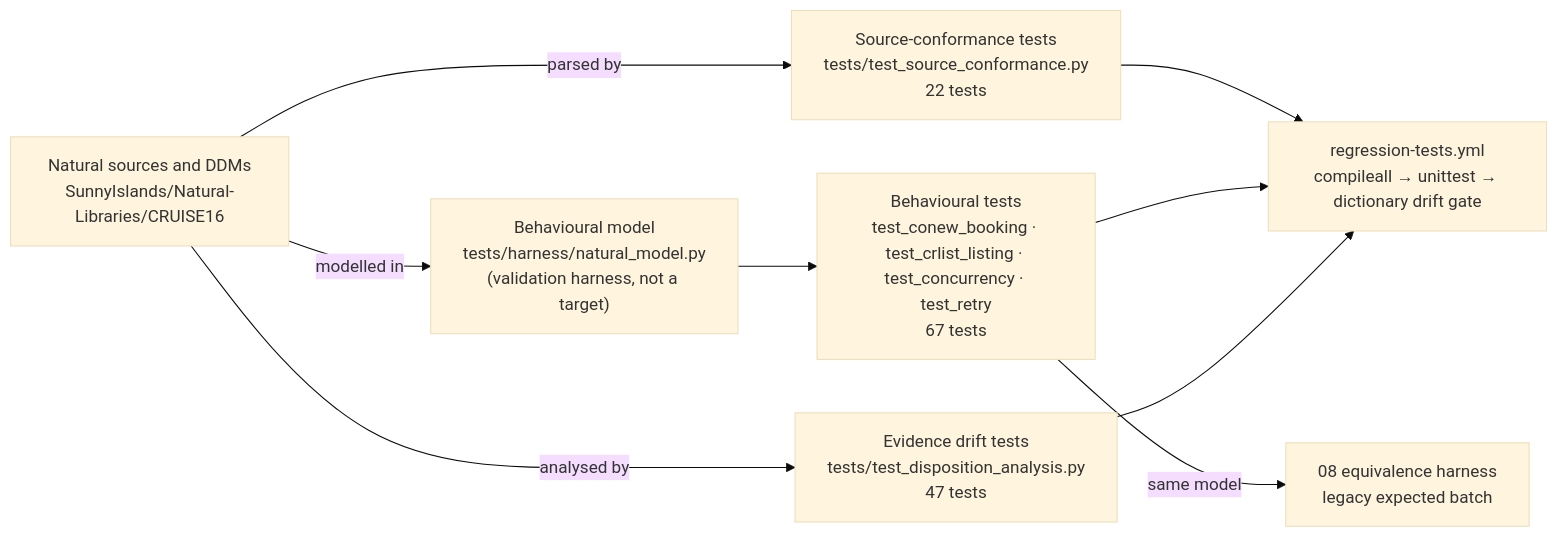
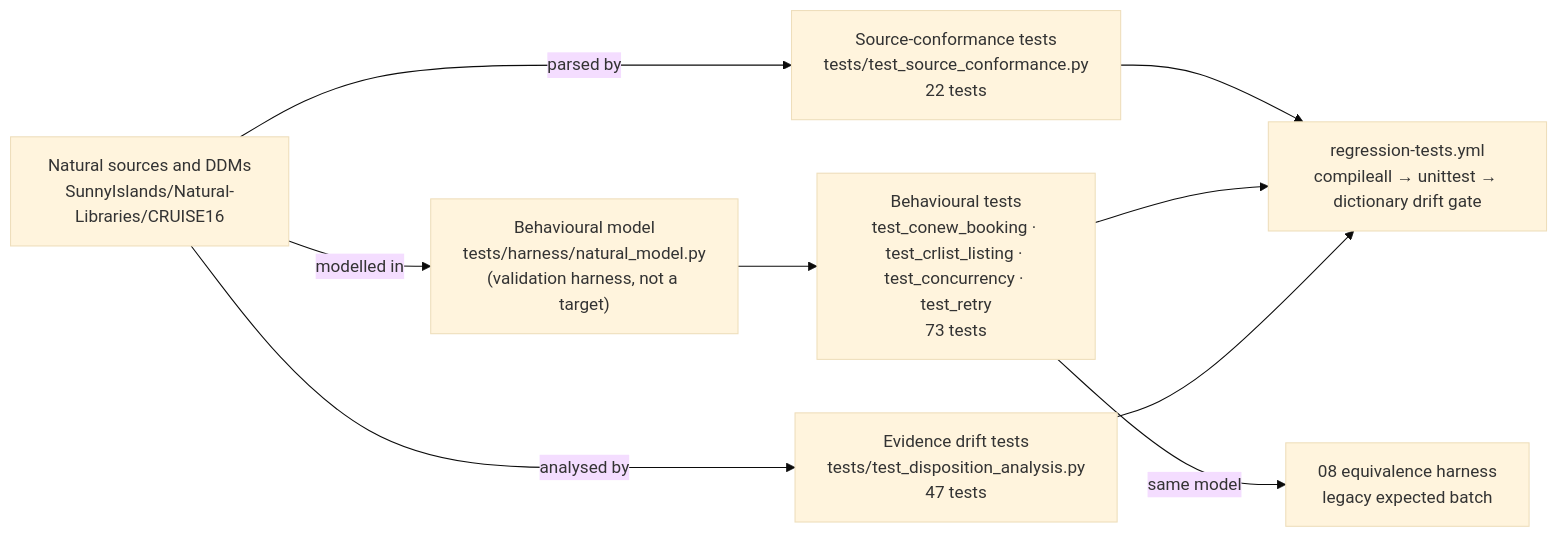
The diagram in fpps-hcm-modernization-deliverable/09-unit-test-regression-jcl-runcompare/test-generation-approach.md (COG-GTM/ADABAS-natural-for-ajax-devops-sample-application), drawn with Mermaid (base theme) before and after one commit. The commit also changed other lines of this file and 8 other files, not shown here.

````diff
--- a/fpps-hcm-modernization-deliverable/09-unit-test-regression-jcl-runcompare/test-generation-approach.md
+++ b/fpps-hcm-modernization-deliverable/09-unit-test-regression-jcl-runcompare/test-generation-approach.md
@@ -35,9 +35,9 @@
 ```mermaid
 flowchart LR
     SRC["Natural sources and DDMs<br/>SunnyIslands/Natural-Libraries/CRUISE16"] -->|"parsed by"| CONF["Source-conformance tests<br/>tests/test_source_conformance.py<br/>22 tests"]
     SRC -->|"modelled in"| MODEL["Behavioural model<br/>tests/harness/natural_model.py<br/>(validation harness, not a target)"]
-    MODEL --> BEH["Behavioural tests<br/>test_conew_booking · test_crlist_listing · test_concurrency · test_retry<br/>67 tests"]
+    MODEL --> BEH["Behavioural tests<br/>test_conew_booking · test_crlist_listing · test_concurrency · test_retry<br/>73 tests"]
     SRC -->|"analysed by"| DISP["Evidence drift tests<br/>tests/test_disposition_analysis.py<br/>47 tests"]
     CONF & BEH & DISP --> CI["regression-tests.yml<br/>compileall → unittest → dictionary drift gate"]
     BEH -->|"same model"| EQ["08 equivalence harness<br/>legacy expected batch"]
 ```
````
